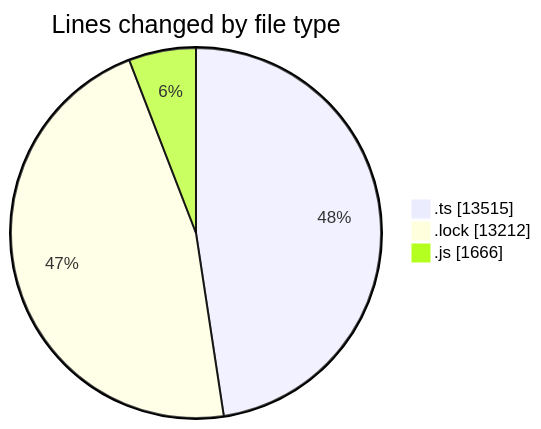
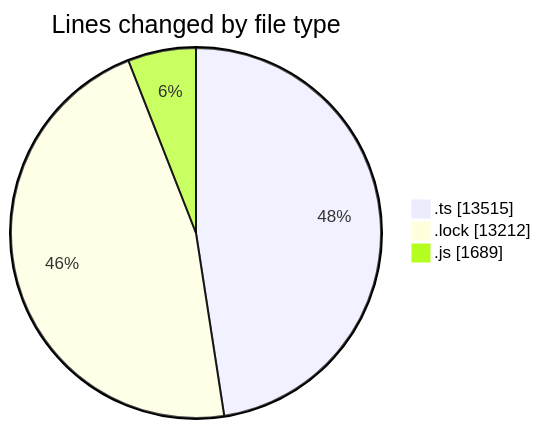
Before and after one commit to momahboobian/code-tracking: the first of 2 diagrams in 2025-05-16/cda/README.md, drawn with Mermaid. The commit also changed other lines of this file and 1 other file, not shown here.

````diff
--- a/2025-05-16/cda/README.md
+++ b/2025-05-16/cda/README.md
@@ -29,7 +29,7 @@
 ```mermaid
 pie showData
 title Lines changed by file type
 ".ts" : 13515
 ".lock" : 13212
-".js" : 1666
+".js" : 1689
 ```
````
